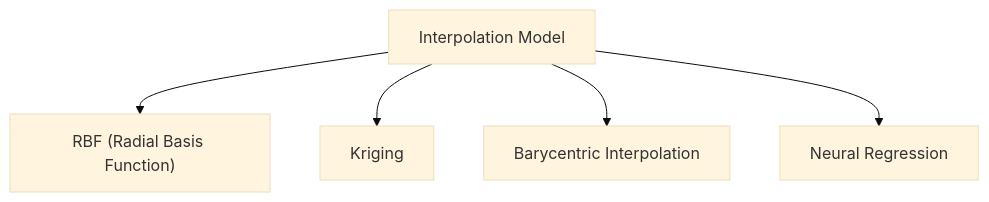
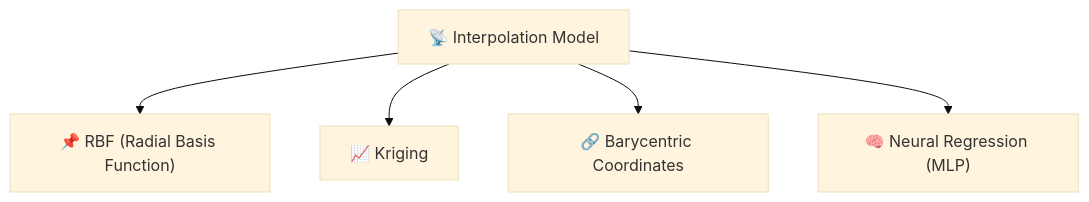
One commit to Nicola-Ibrahim/Tracing-Objectives-Backwards changed the third of 5 diagrams in docs/catalog-of-terms/process/generatingNewData.md. Above: the diagram before and after it, drawn with Mermaid (base theme). The commit also changed other lines of this file, not shown here.

Commit message:
refactor: Enhance generatingNewData documentation; improve flowcharts and clarity of processes

````diff
--- a/docs/catalog-of-terms/process/generatingNewData.md
+++ b/docs/catalog-of-terms/process/generatingNewData.md
@@ -91,8 +99,9 @@
 ```mermaid
-graph TD
-  A["Interpolation Model"] --> B["RBF (Radial Basis Function)"]
-  A --> C["Kriging"]
-  A --> D["Barycentric Interpolation"]
-  A --> E["Neural Regression"]
+flowchart TD
+  A["📡 Interpolation Model"] --> B["📌 RBF (Radial Basis Function)"]
+  A --> C["📈 Kriging"]
+  A --> D["🔗 Barycentric Coordinates"]
+  A --> E["🧠 Neural Regression (MLP)"]
+
 
 ```
````
